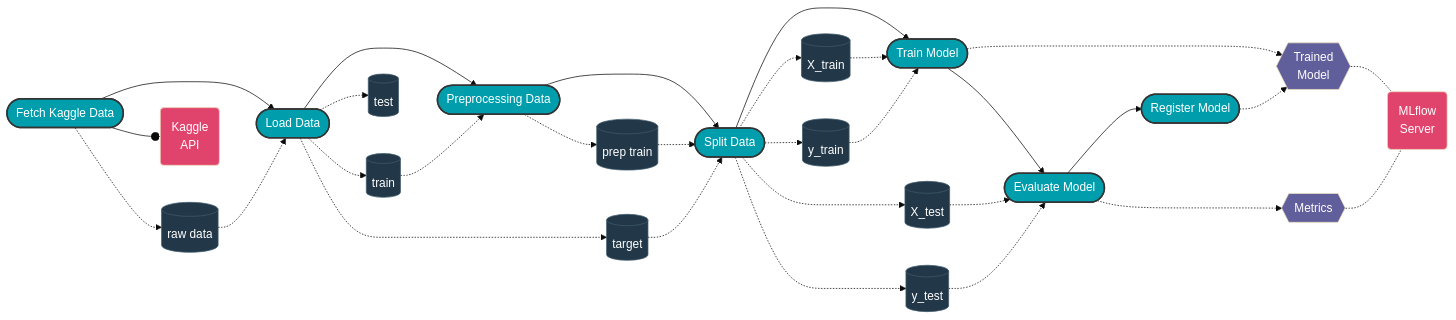
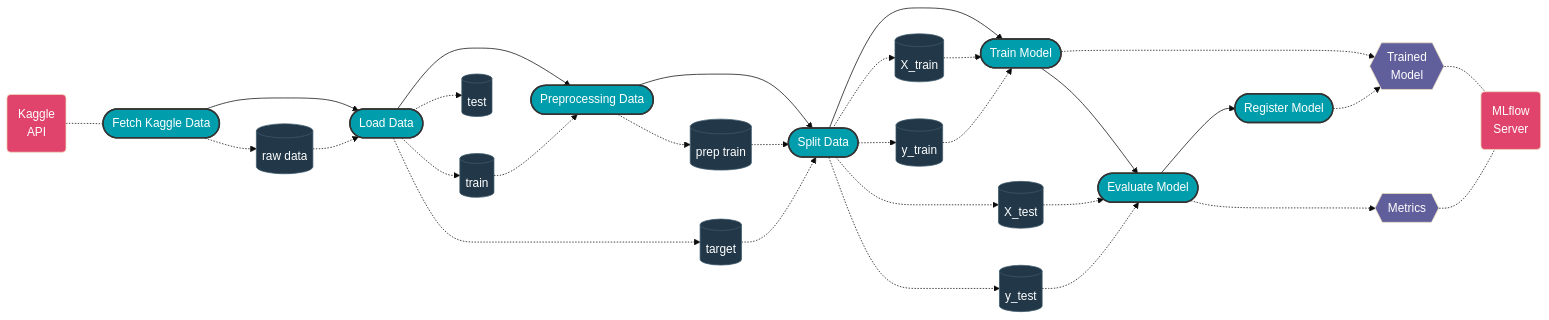
Before and after one commit to jordandelbar/titanic-kaggle: the first of 2 diagrams in README.md, drawn with Mermaid (base theme). The commit also changed other lines of this file and 1 other file, not shown here.

```diff
--- a/README.md
+++ b/README.md
@@ -74,9 +76,10 @@
 evaluator .-> metrics
 register .-> trained_model
 
+%% Server relationship
 trained_model -.- mlflow
 metrics -.- mlflow
-fetch_data_kaggle --o kaggle
+kaggle -.- fetch_data_kaggle
 
 %% Color definitions
 classDef step fill:#009EAC,stroke:#333,stroke-width:2px,color:#fff;
```
